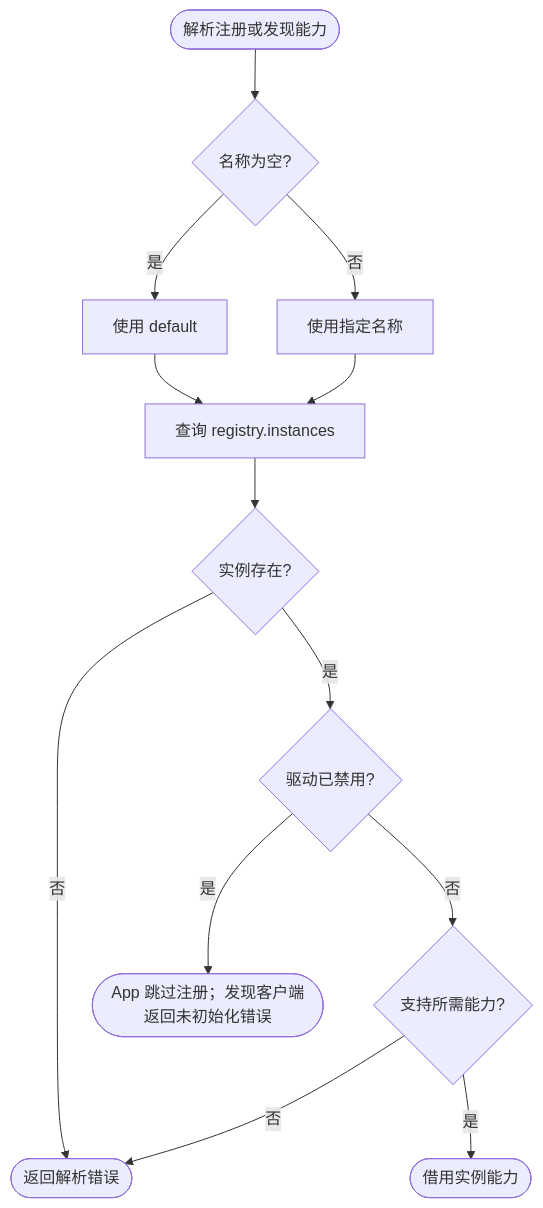
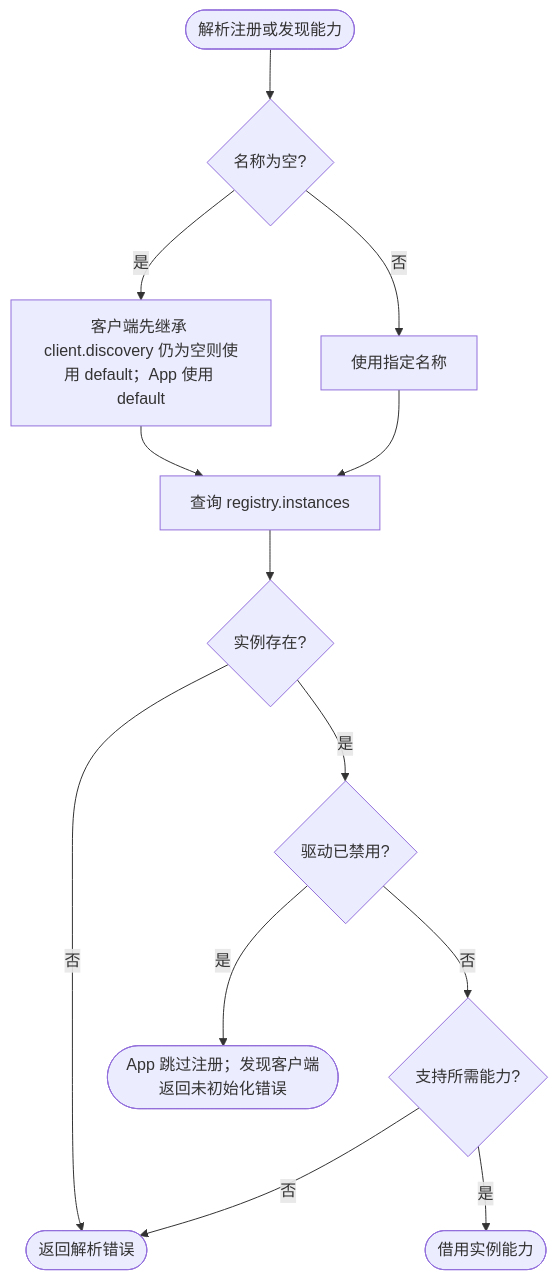
One commit to jaggerzhuang1994/kratos-foundation changed the second of 2 diagrams in pkg/registry/README.md. Above: the diagram before and after it, drawn with Mermaid. The commit also changed other lines of this file and 23 other files, not shown here.

````diff
--- a/pkg/registry/README.md
+++ b/pkg/registry/README.md
@@ -83,15 +83,15 @@
 ```mermaid
 flowchart TD
  A([解析注册或发现能力]) --> B{名称为空?}
- B -- 是 --> C[使用 default]
+ B -- 是 --> C[客户端先继承 client.discovery 仍为空则使用 default；App 使用 default]
  B -- 否 --> D[使用指定名称]
  C --> E[查询 registry.instances]
  D --> E
  E --> F{实例存在?}
  F -- 否 --> G([返回解析错误])
  F -- 是 --> H{驱动已禁用?}
  H -- 否 --> K{支持所需能力?}
  K -- 是 --> I([借用实例能力])
  K -- 否 --> G
  H -- 是 --> J([App 跳过注册；发现客户端返回未初始化错误])
 ```
````
